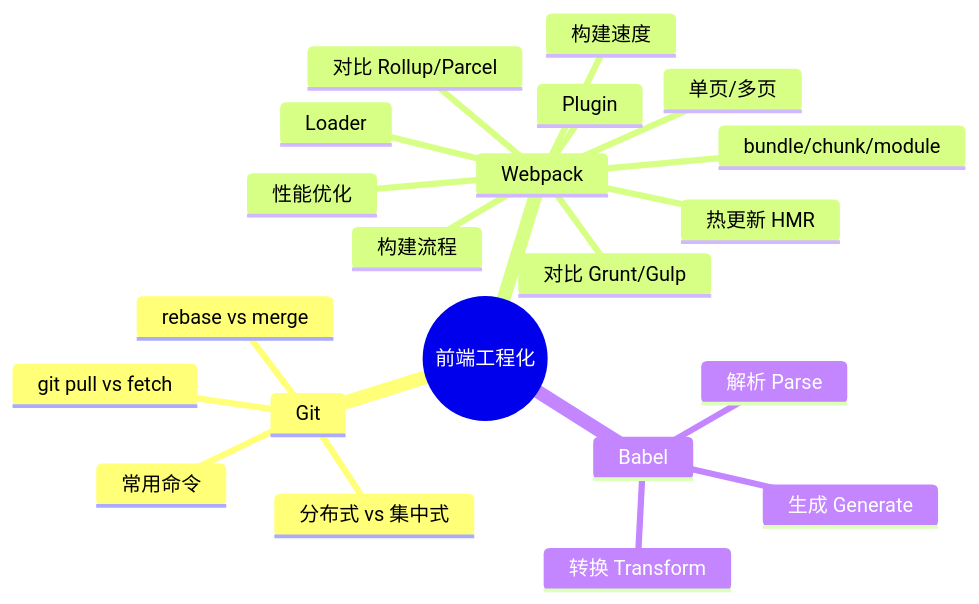
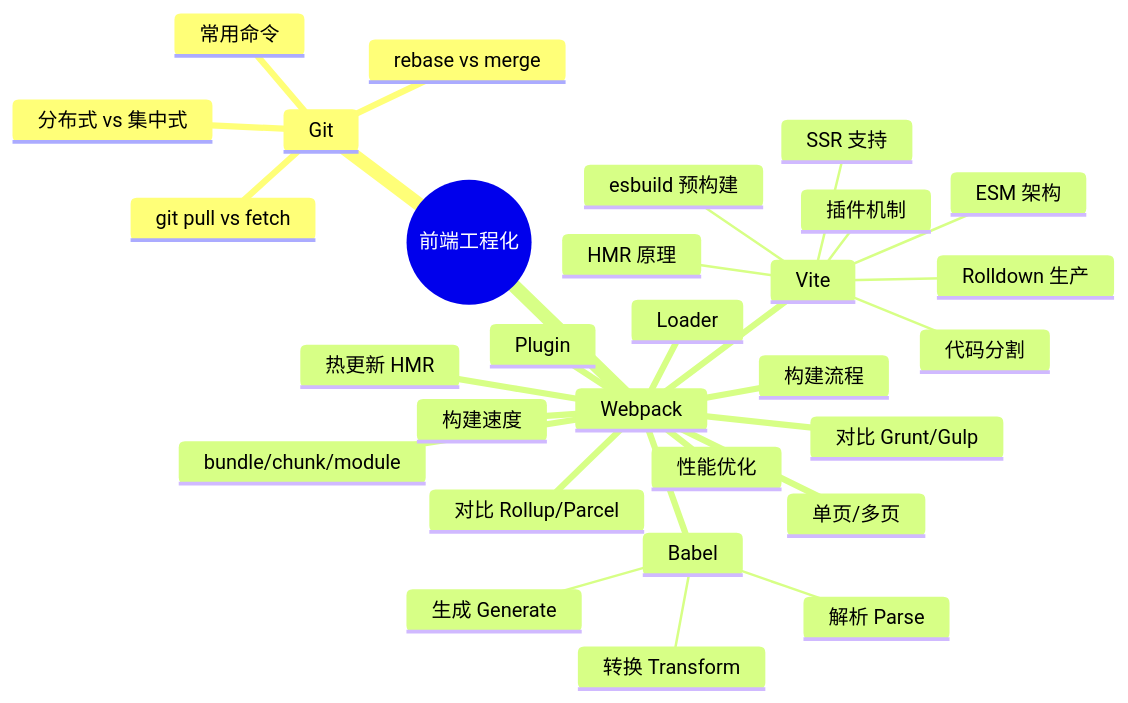
One commit to KMaybe01/common changed the first of 58 diagrams in S3-进阶提升/03-前端工程化.md. Above: the diagram before and after it, drawn with Mermaid. The commit also changed other lines of this file and 27 other files, not shown here.

````diff
--- a/S3-进阶提升/03-前端工程化.md
+++ b/S3-进阶提升/03-前端工程化.md
@@ -8,24 +8,32 @@
 ```mermaid
 mindmap
   root((前端工程化))
     Git
       分布式 vs 集中式
       常用命令
       git pull vs fetch
       rebase vs merge
     Webpack
-      对比 Grunt/Gulp
-      对比 Rollup/Parcel
-      Loader
-      Plugin
-      bundle/chunk/module
-      构建流程
-      热更新 HMR
-      性能优化
-      构建速度
-      单页/多页
-    Babel
+       对比 Grunt/Gulp
+       对比 Rollup/Parcel
+       Loader
+       Plugin
+       bundle/chunk/module
+       构建流程
+       热更新 HMR
+       性能优化
+       构建速度
+       单页/多页
+     Vite
+       ESM 架构
+       esbuild 预构建
+       Rolldown 生产
+       HMR 原理
+       插件机制
+       SSR 支持
+       代码分割
+     Babel
       解析 Parse
       转换 Transform
       生成 Generate
 ```
````
